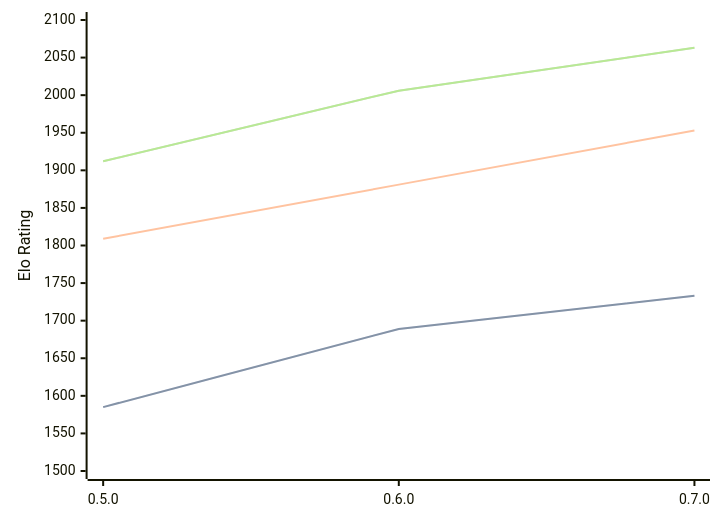
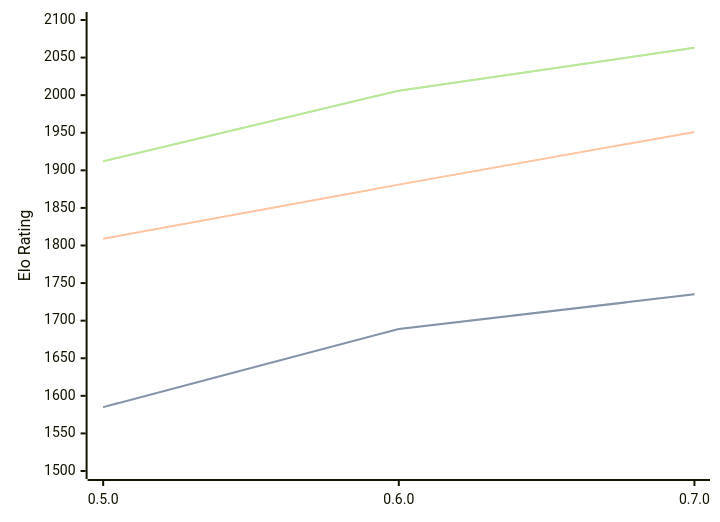
The diagram in engines/Chess-rs.md (computer-chess-index/cci), drawn with Mermaid before and after one commit. The commit also changed other lines of this file, not shown here.

Commit message:
Update CCI Ratings (ELO VLTC) - 2026-03-26

````diff
--- a/engines/Chess-rs.md
+++ b/engines/Chess-rs.md
@@ -41,11 +41,11 @@
 ```mermaid
 %%{init: {"theme":"base","themeVariables":{"seriesColors:['#a3a3a3','#222221','#faa371']}}}%%
 xychart-beta
   x-axis ["0.5.0", "0.6.0", "0.7.0"]
   y-axis "Elo Rating" 1500 --> 2100
-  line "STC (8.0+0.08s)" [1585, 1689, 1733]
-  line "STC (8.0+0.08s)" [1585, 1689, 1733]
-  line "LTC (60.0+0.60s)" [1809, 1881, 1953]
+  line "STC (8.0+0.08s)" [1585, 1689, 1735]
+  line "STC (8.0+0.08s)" [1585, 1689, 1735]
+  line "LTC (60.0+0.60s)" [1809, 1881, 1951]
   line "VLTC (2m24s+1.12s)" [1912, 2006, 2063]
   line "VLTC (2m24s+1.12s)" [1912, 2006, 2063]
 ```
````
